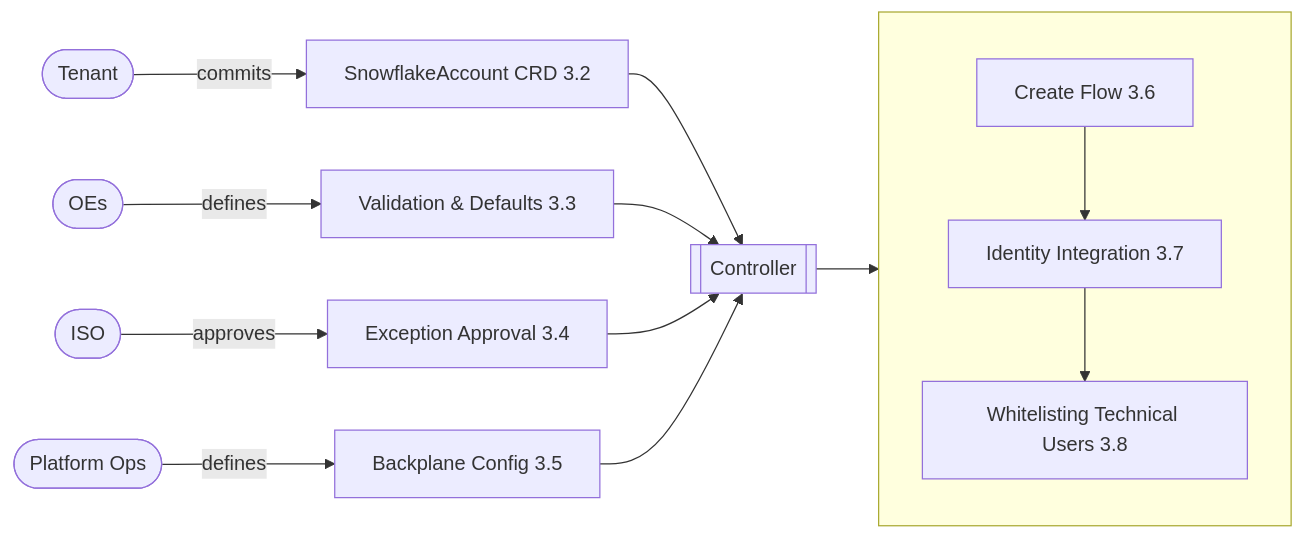
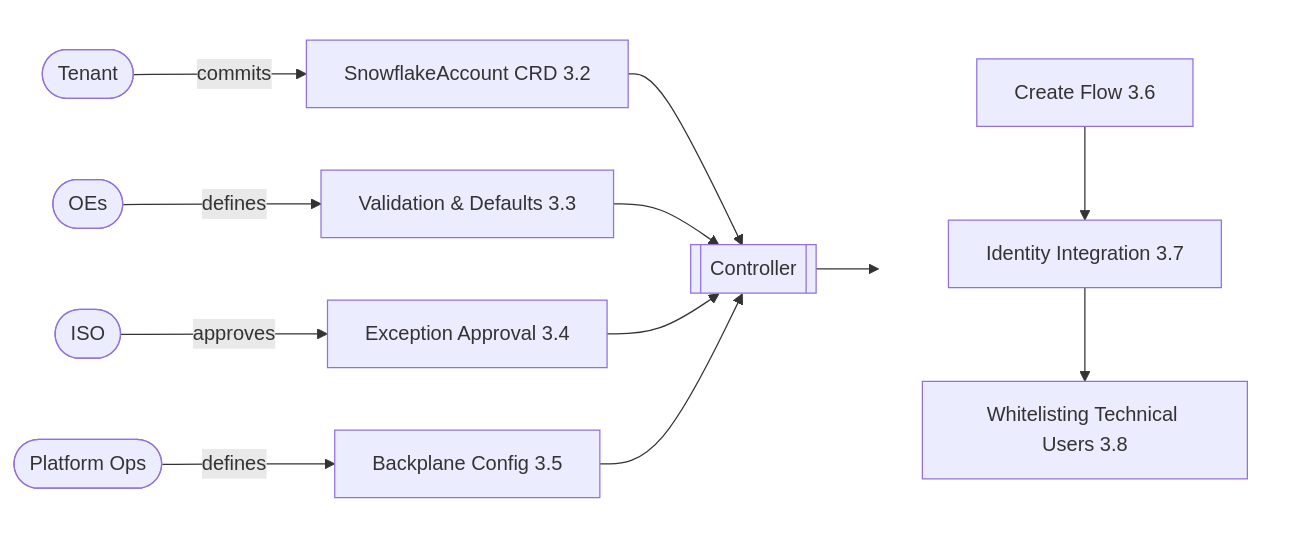
One commit to allianz/yukimi changed the diagram in specs/design.md. Above: the diagram before and after it, drawn with Mermaid.

Commit message:
added mermaid

````diff
--- a/specs/design.md
+++ b/specs/design.md
@@ -112,20 +112,22 @@
 ```mermaid
 flowchart LR
     Tenant([Tenant]) -->|commits| CRD[SnowflakeAccount CRD 3.2]
     OEs([OEs]) -->|defines| ValidationRules[Validation & Defaults 3.3]
     ISO([ISO]) -->|approves| Exceptions[Exception Approval 3.4]
     Ops([Platform Ops]) -->|defines| BackplaneConfig[Backplane Config 3.5]
 
     CRD --> Controller[[Controller]]
     ValidationRules --> Controller
     Exceptions --> Controller
     BackplaneConfig --> Controller
 
     Controller --> CreateFlow
 
-    subgraph " "
+    subgraph createFlowGroup [" "]
         direction TB
         CreateFlow[Create Flow 3.6] --> IdentityIntegration[Identity Integration 3.7]
         IdentityIntegration --> Whitelisting[Whitelisting Technical Users 3.8]
     end
+
+    style createFlowGroup fill:transparent,stroke:transparent
 ```
````
